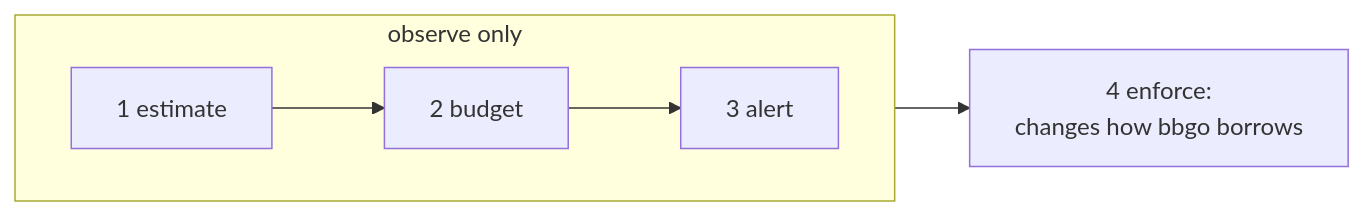
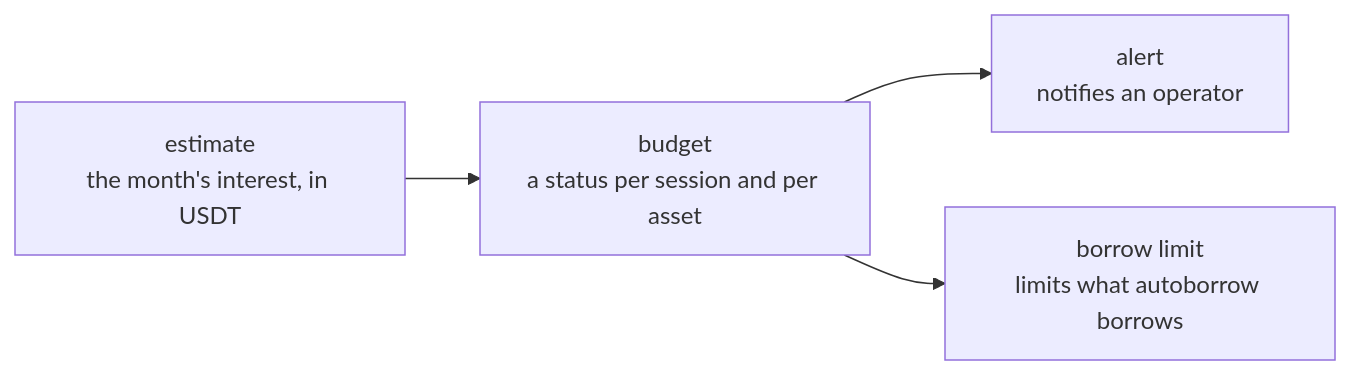
One commit to c9s/bbgo changed the first of 7 diagrams in doc/design/margin-interest-budget.md. Above: the diagram before and after it, drawn with Mermaid. The commit also changed other lines of this file, not shown here.

Commit message:
DOCS: [design] reword margin interest budget ADR for readability

````diff
--- a/doc/design/margin-interest-budget.md
+++ b/doc/design/margin-interest-budget.md
@@ -63,8 +28,10 @@
 ```mermaid
 flowchart LR
-    subgraph observe["observe only"]
-        direction LR
-        s1["1 estimate"] --> s2["2 budget"] --> s3["3 alert"]
-    end
-    s3 --> s4["4 enforce:<br/>changes how bbgo borrows"]
+    est["estimate<br/>the month's interest, in USDT"]
+    budget["budget<br/>a status per session and per asset"]
+    alert["alert<br/>notifies an operator"]
+    limit["borrow limit<br/>limits what autoborrow borrows"]
+    est --> budget
+    budget --> alert
+    budget --> limit
 ```
````
